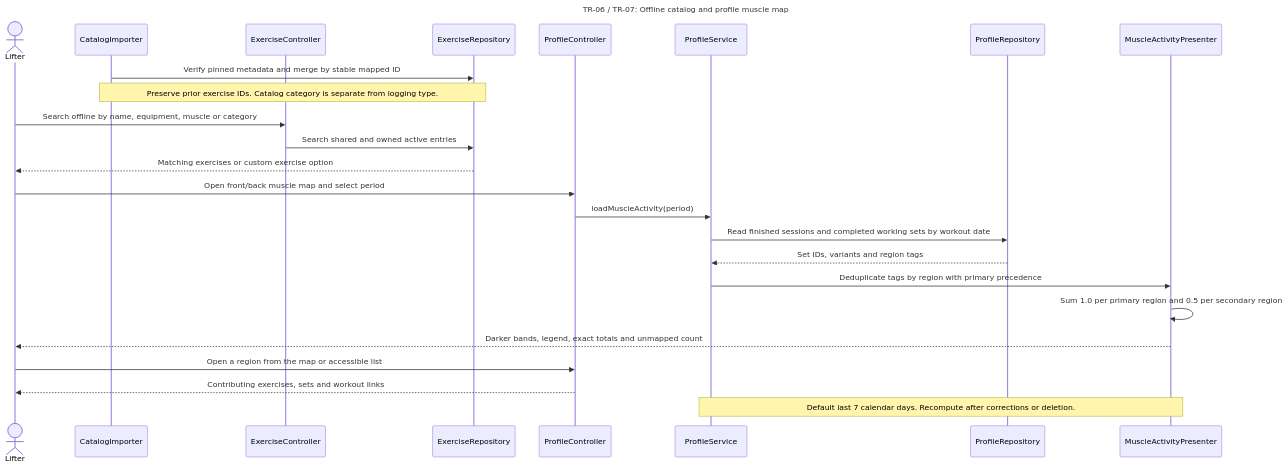
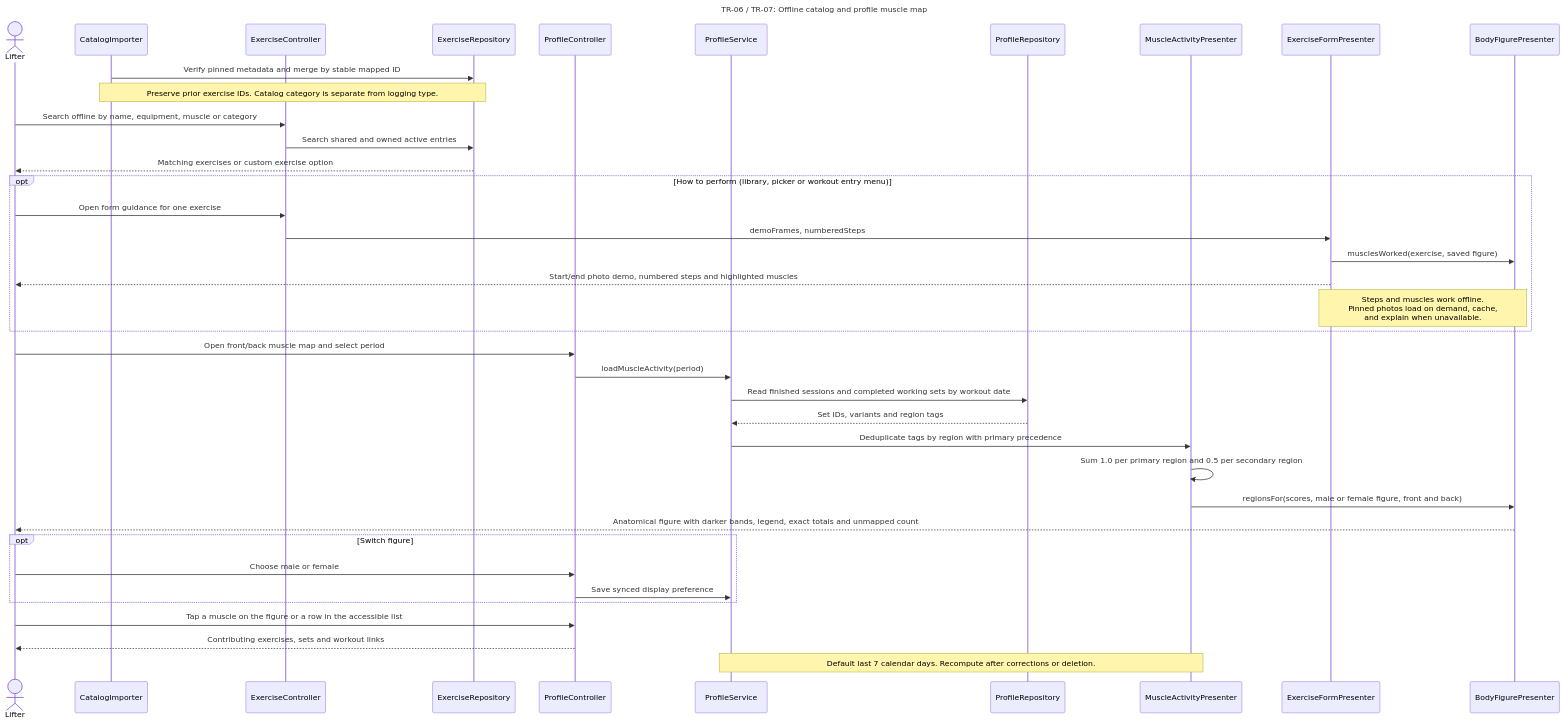
The diagram in docs/part2/design/diagrams/sequence/TR-06-07-catalog-and-muscles.mmd (SebasLopez2005/SWEProject1), drawn with Mermaid before and after one commit. The commit also changed 9 other files, not shown here.

First line of the commit message:
Design: Claude round 2 requirements and diagram updates

```diff
--- a/docs/part2/design/diagrams/sequence/TR-06-07-catalog-and-muscles.mmd
+++ b/docs/part2/design/diagrams/sequence/TR-06-07-catalog-and-muscles.mmd
@@ -1,25 +1,39 @@
 sequenceDiagram
     title TR-06 / TR-07: Offline catalog and profile muscle map
     actor U as Lifter
     participant I as CatalogImporter
     participant E as ExerciseController
     participant R as ExerciseRepository
     participant P as ProfileController
     participant S as ProfileService
     participant D as ProfileRepository
     participant M as MuscleActivityPresenter
+    participant F as ExerciseFormPresenter
+    participant B as BodyFigurePresenter
     I->>R: Verify pinned metadata and merge by stable mapped ID
     Note over I,R: Preserve prior exercise IDs. Catalog category is separate from logging type.
     U->>E: Search offline by name, equipment, muscle or category
     E->>R: Search shared and owned active entries
     R-->>U: Matching exercises or custom exercise option
+    opt How to perform (library, picker or workout entry menu)
+        U->>E: Open form guidance for one exercise
+        E->>F: demoFrames, numberedSteps
+        F->>B: musclesWorked(exercise, saved figure)
+        F-->>U: Start/end photo demo, numbered steps and highlighted muscles
+        Note over F,B: Steps and muscles work offline.<br/>Pinned photos load on demand, cache,<br/>and explain when unavailable.
+    end
     U->>P: Open front/back muscle map and select period
     P->>S: loadMuscleActivity(period)
     S->>D: Read finished sessions and completed working sets by workout date
     D-->>S: Set IDs, variants and region tags
     S->>M: Deduplicate tags by region with primary precedence
     M->>M: Sum 1.0 per primary region and 0.5 per secondary region
-    M-->>U: Darker bands, legend, exact totals and unmapped count
-    U->>P: Open a region from the map or accessible list
+    M->>B: regionsFor(scores, male or female figure, front and back)
+    B-->>U: Anatomical figure with darker bands, legend, exact totals and unmapped count
+    opt Switch figure
+        U->>P: Choose male or female
+        P->>S: Save synced display preference
+    end
+    U->>P: Tap a muscle on the figure or a row in the accessible list
     P-->>U: Contributing exercises, sets and workout links
     Note over S,M: Default last 7 calendar days. Recompute after corrections or deletion.
```
